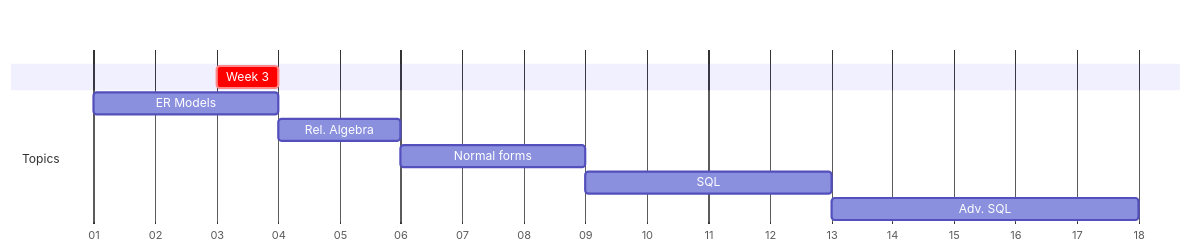
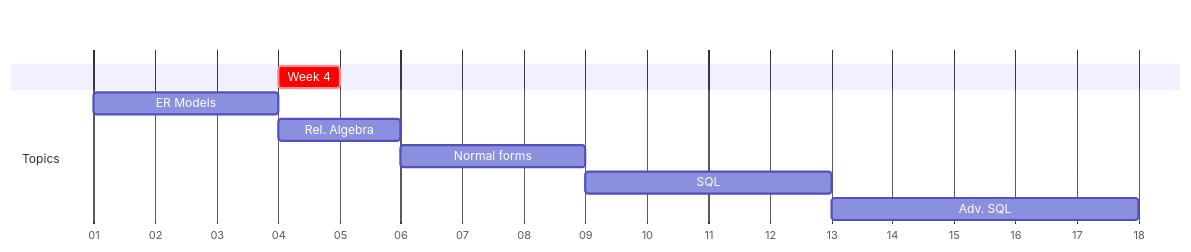
One commit to lowkeylabs/cmsc408-course-admin changed the diagram in fa2024/lectures/week-mermaid.mmd. Above: the diagram before and after it, drawn with Mermaid. The commit also changed 1666 other files, not shown here.

```diff
--- a/fa2024/lectures/week-mermaid.mmd
+++ b/fa2024/lectures/week-mermaid.mmd
@@ -1,14 +1,14 @@
 
 gantt
     dateFormat  M/DD/YYYY
     axisFormat  %W
 
     section    
-    Week 3 : crit, weekblock, 1/21/2024, 1w
+    Week 4 : crit, weekblock, 1/28/2024, 1w
 
     section Topics
     ER Models : m1, 1/7/2024, 3w
     Rel. Algebra: m4, after m1, 2w
     Normal forms: m5, after m4, 3w
     SQL : m6, after m5, 4w
     Adv. SQL: m7, after m6, 5w
```
